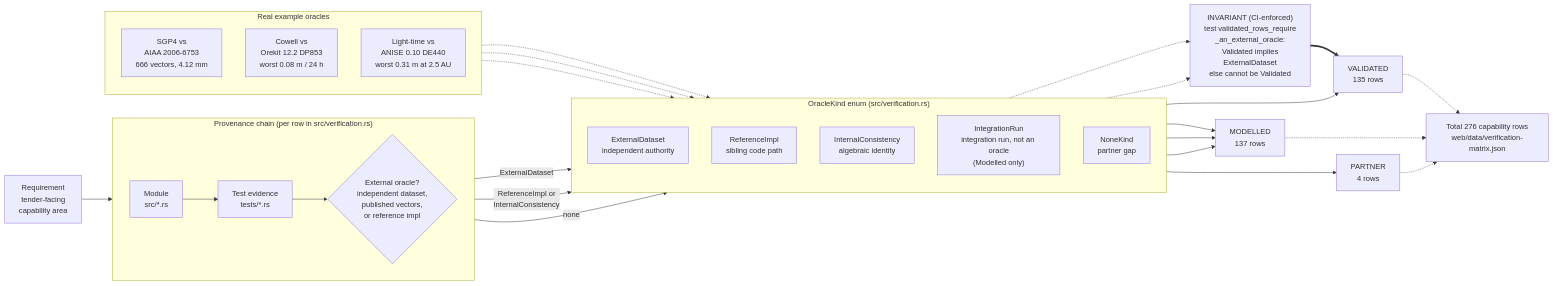
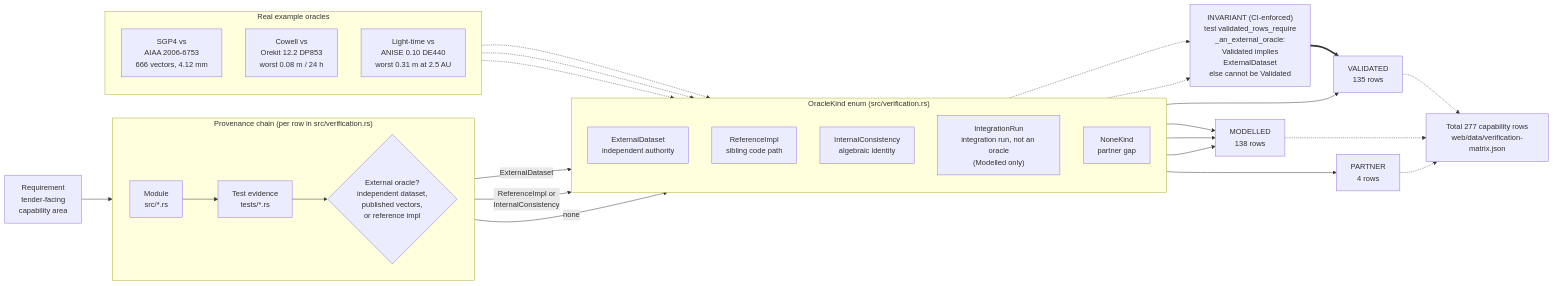
One commit to ashfordeOU/kshana changed the diagram in docs/diagrams/validation-provenance.mmd. Above: the diagram before and after it, drawn with Mermaid. The commit also changed 31 other files, not shown here.

```diff
--- a/docs/diagrams/validation-provenance.mmd
+++ b/docs/diagrams/validation-provenance.mmd
@@ -1,51 +1,51 @@
 flowchart LR
     REQ["Requirement<br/>tender-facing<br/>capability area"]
 
     subgraph CHAIN["Provenance chain (per row in src/verification.rs)"]
         direction LR
         MOD["Module<br/>src/*.rs"]
         TST["Test evidence<br/>tests/*.rs"]
         ORA{"External oracle?<br/>independent dataset,<br/>published vectors,<br/>or reference impl"}
     end
 
     REQ --> MOD --> TST --> ORA
 
     subgraph KINDS["OracleKind enum (src/verification.rs)"]
         direction TD
         EXT["ExternalDataset<br/>independent authority"]
         REF["ReferenceImpl<br/>sibling code path"]
         INT["InternalConsistency<br/>algebraic identity"]
         IRN["IntegrationRun<br/>integration run, not an oracle<br/>(Modelled only)"]
         NON["NoneKind<br/>partner gap"]
     end
 
     ORA -->|ExternalDataset| EXT
     ORA -->|"ReferenceImpl or<br/>InternalConsistency"| INT
     ORA -->|none| NON
 
     GUARD["INVARIANT (CI-enforced)<br/>test validated_rows_require<br/>_an_external_oracle:<br/>Validated implies<br/>ExternalDataset<br/>else cannot be Validated"]
     EXT -.-> GUARD
     INT -.-> GUARD
 
     EXT --> VAL["VALIDATED<br/>135 rows"]
-    REF --> MDL["MODELLED<br/>137 rows"]
+    REF --> MDL["MODELLED<br/>138 rows"]
     INT --> MDL
     IRN --> MDL
     NON --> PRT["PARTNER<br/>4 rows"]
     GUARD ==> VAL
 
     subgraph EX["Real example oracles"]
         direction TD
         E1["SGP4 vs<br/>AIAA 2006-6753<br/>666 vectors, 4.12 mm"]
         E2["Cowell vs<br/>Orekit 12.2 DP853<br/>worst 0.08 m / 24 h"]
         E3["Light-time vs<br/>ANISE 0.10 DE440<br/>worst 0.31 m at 2.5 AU"]
     end
 
     E1 -.-> EXT
     E2 -.-> EXT
     E3 -.-> EXT
 
-    TOTAL["Total 276 capability rows<br/>web/data/verification-matrix.json"]
+    TOTAL["Total 277 capability rows<br/>web/data/verification-matrix.json"]
     VAL -.-> TOTAL
     MDL -.-> TOTAL
     PRT -.-> TOTAL
```
